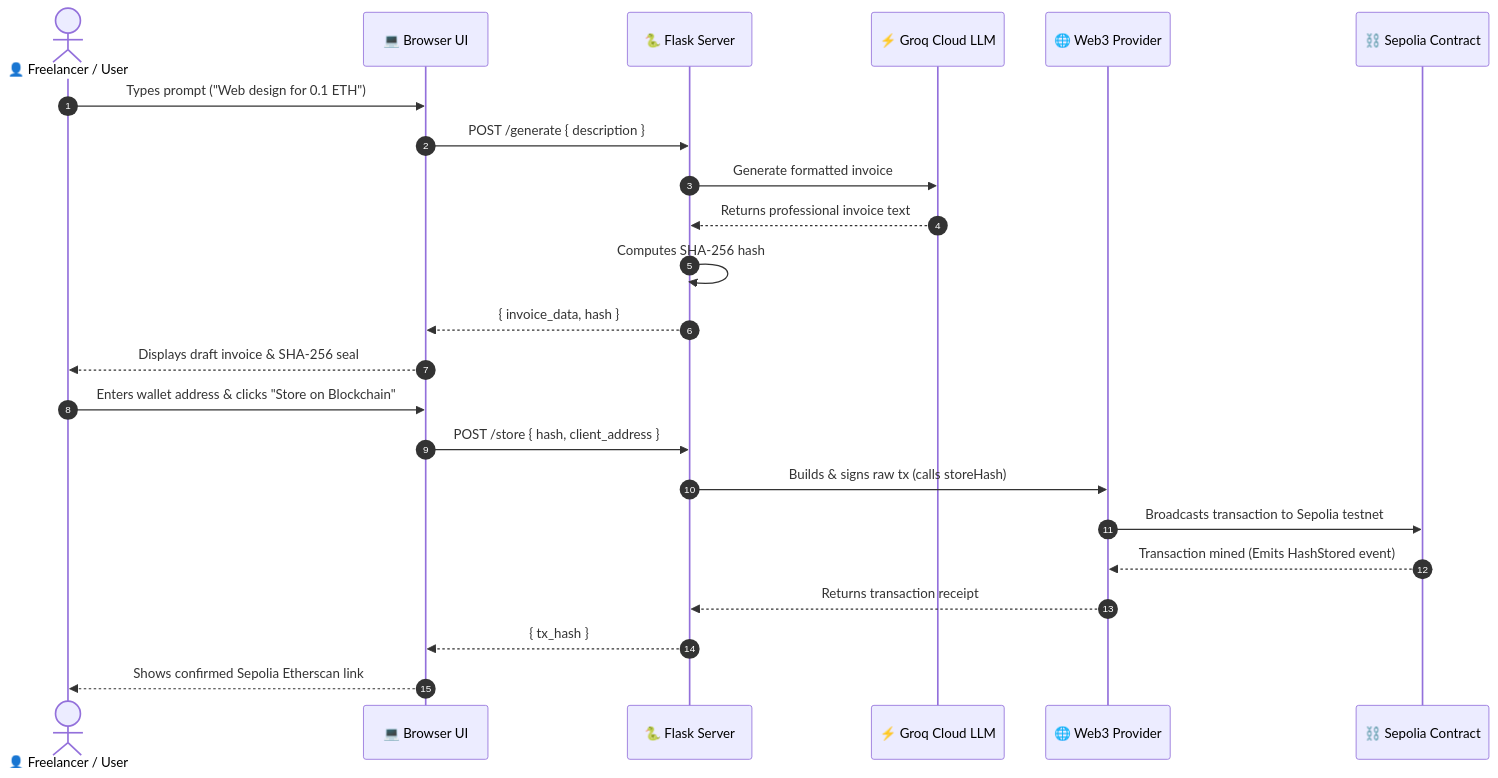
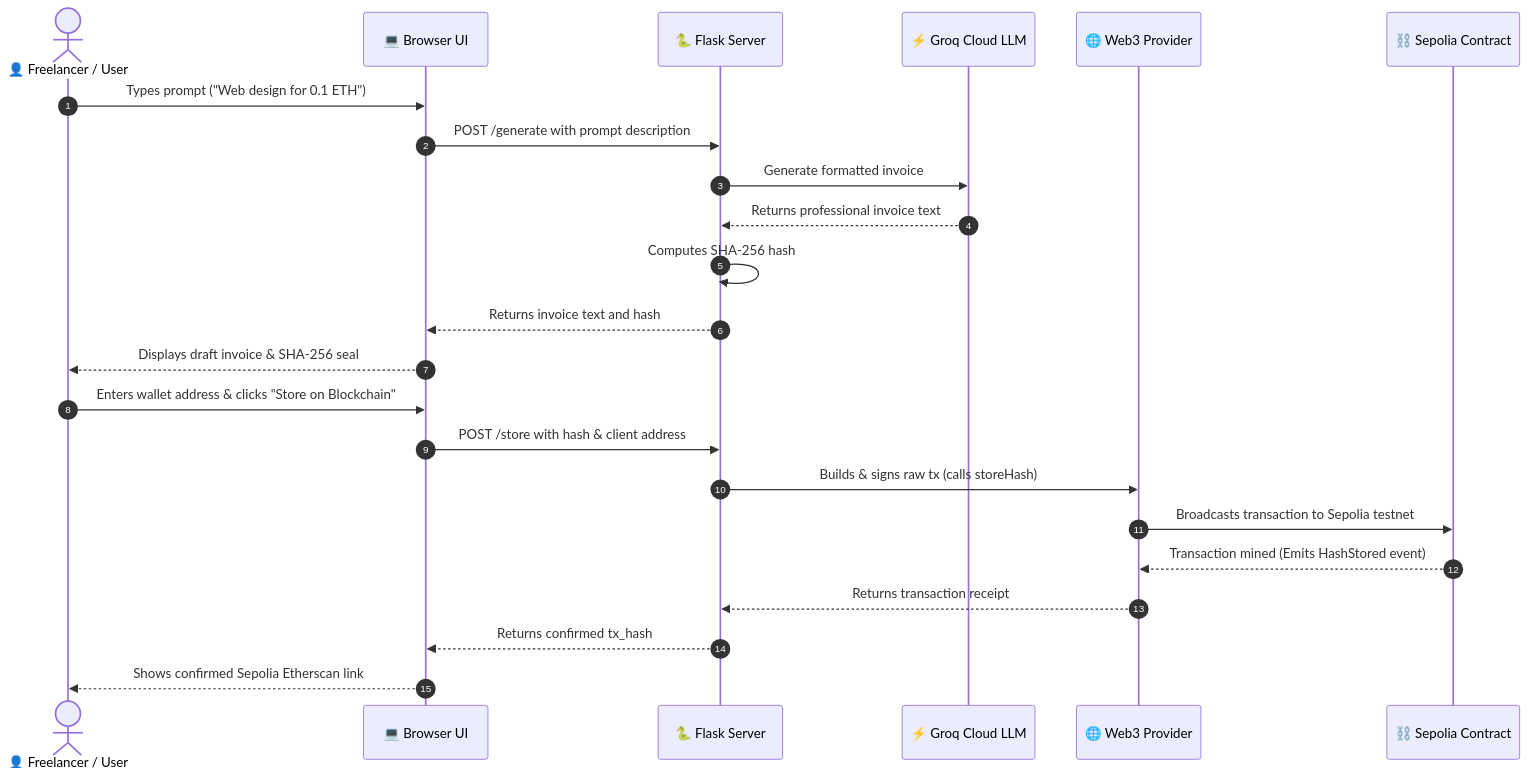
The second of 2 diagrams in README.md (ishaanbhatt31/ai-invoice-hackathon), drawn with Mermaid before and after one commit. The commit also changed other lines of this file, not shown here.

Commit message:
fix(docs): resolve Mermaid diagram syntax error in README

````diff
--- a/README.md
+++ b/README.md
@@ -95,27 +95,27 @@
 ```mermaid
 sequenceDiagram
     autonumber
     actor User as 👤 Freelancer / User
     participant Frontend as 💻 Browser UI
     participant Backend as 🐍 Flask Server
     participant Groq as ⚡ Groq Cloud LLM
     participant Web3 as 🌐 Web3 Provider
     participant Contract as ⛓️ Sepolia Contract
 
     User->>Frontend: Types prompt ("Web design for 0.1 ETH")
-    Frontend->>Backend: POST /generate { description }
+    Frontend->>Backend: POST /generate with prompt description
     Backend->>Groq: Generate formatted invoice
     Groq-->>Backend: Returns professional invoice text
     Backend->>Backend: Computes SHA-256 hash
-    Backend-->>Frontend: { invoice_data, hash }
+    Backend-->>Frontend: Returns invoice text and hash
     Frontend-->>User: Displays draft invoice & SHA-256 seal
 
     User->>Frontend: Enters wallet address & clicks "Store on Blockchain"
-    Frontend->>Backend: POST /store { hash, client_address }
+    Frontend->>Backend: POST /store with hash & client address
     Backend->>Web3: Builds & signs raw tx (calls storeHash)
     Web3->>Contract: Broadcasts transaction to Sepolia testnet
     Contract-->>Web3: Transaction mined (Emits HashStored event)
     Web3-->>Backend: Returns transaction receipt
-    Backend-->>Frontend: { tx_hash }
+    Backend-->>Frontend: Returns confirmed tx_hash
     Frontend-->>User: Shows confirmed Sepolia Etherscan link
 ```
````
